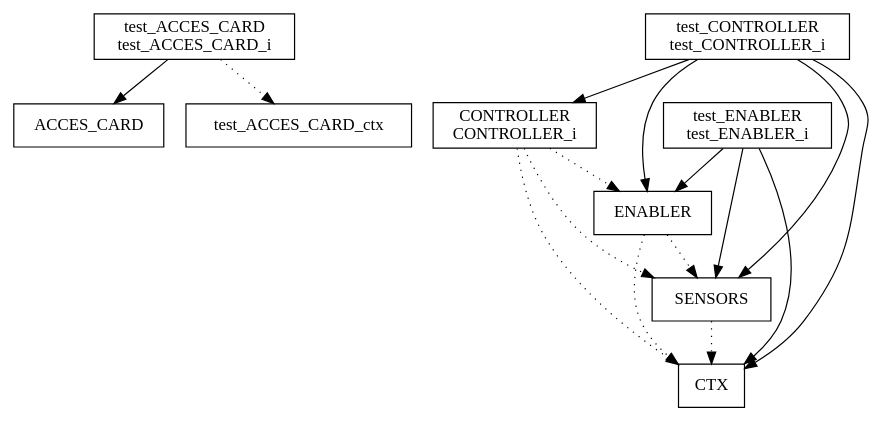
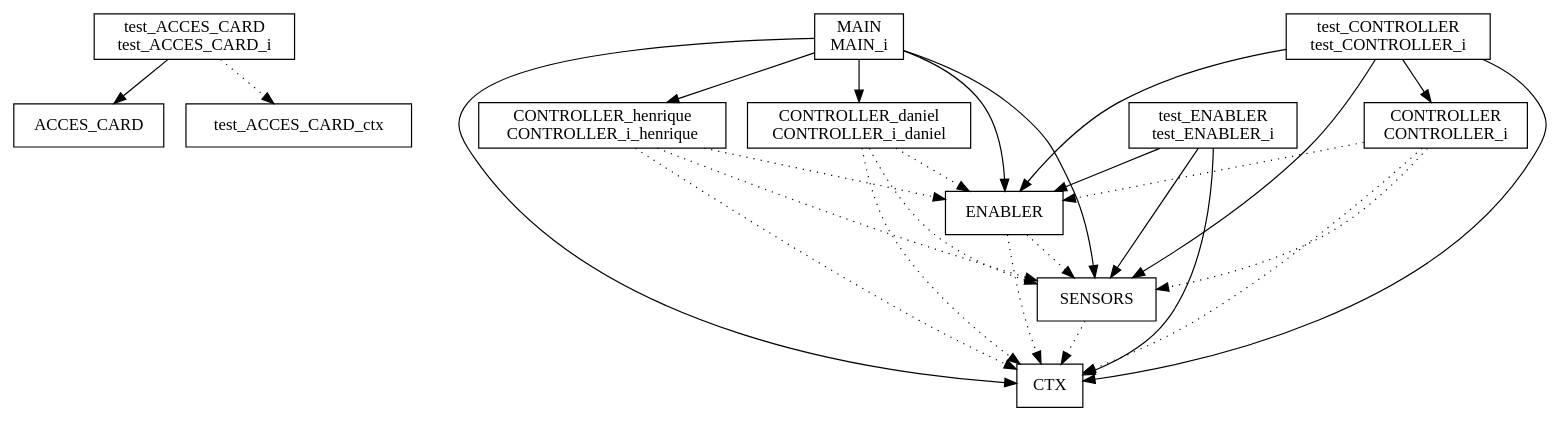
The diagram in bdp/rackathom.dot (JoabUrbano/Hackathon_CLEARSY_2025), drawn with Graphviz before and after one commit. The commit also changed 72 other files, not shown here.

```diff
--- a/bdp/rackathom.dot
+++ b/bdp/rackathom.dot
@@ -1,27 +1,41 @@
 digraph {
 ACCES_CARD [ label=" ACCES_CARD " shape= box ]
 CONTROLLER_i [ label=" CONTROLLER\nCONTROLLER_i " shape= box ]
+CONTROLLER_i_daniel [ label=" CONTROLLER_daniel\nCONTROLLER_i_daniel " shape= box ]
+CONTROLLER_i_henrique [ label=" CONTROLLER_henrique\nCONTROLLER_i_henrique " shape= box ]
 CTX [ label=" CTX " shape= box ]
 ENABLER [ label=" ENABLER " shape= box ]
+MAIN_i [ label=" MAIN\nMAIN_i " shape= box ]
 SENSORS [ label=" SENSORS " shape= box ]
 test_ACCES_CARD_ctx [ label=" test_ACCES_CARD_ctx " shape= box ]
 test_ACCES_CARD_i [ label=" test_ACCES_CARD\ntest_ACCES_CARD_i " shape= box ]
 test_CONTROLLER_i [ label=" test_CONTROLLER\ntest_CONTROLLER_i " shape= box ]
 test_ENABLER_i [ label=" test_ENABLER\ntest_ENABLER_i " shape= box ]
 
 "CONTROLLER_i" -> "CTX" [style= dotted ]
 "CONTROLLER_i" -> "SENSORS" [style= dotted ]
 "CONTROLLER_i" -> "ENABLER" [style= dotted ]
+"CONTROLLER_i_daniel" -> "CTX" [style= dotted ]
+"CONTROLLER_i_daniel" -> "SENSORS" [style= dotted ]
+"CONTROLLER_i_daniel" -> "ENABLER" [style= dotted ]
+"CONTROLLER_i_henrique" -> "CTX" [style= dotted ]
+"CONTROLLER_i_henrique" -> "SENSORS" [style= dotted ]
+"CONTROLLER_i_henrique" -> "ENABLER" [style= dotted ]
 "ENABLER" -> "CTX" [style= dotted ]
 "ENABLER" -> "SENSORS" [style= dotted ]
+"MAIN_i" -> "CTX" []
+"MAIN_i" -> "SENSORS" []
+"MAIN_i" -> "ENABLER" []
+"MAIN_i" -> "CONTROLLER_i_daniel" []
+"MAIN_i" -> "CONTROLLER_i_henrique" []
 "SENSORS" -> "CTX" [style= dotted ]
 "test_ACCES_CARD_i" -> "test_ACCES_CARD_ctx" [style= dotted ]
 "test_ACCES_CARD_i" -> "ACCES_CARD" []
 "test_CONTROLLER_i" -> "CTX" []
 "test_CONTROLLER_i" -> "SENSORS" []
 "test_CONTROLLER_i" -> "ENABLER" []
 "test_CONTROLLER_i" -> "CONTROLLER_i" []
 "test_ENABLER_i" -> "CTX" []
 "test_ENABLER_i" -> "SENSORS" []
 "test_ENABLER_i" -> "ENABLER" []
 }
```
